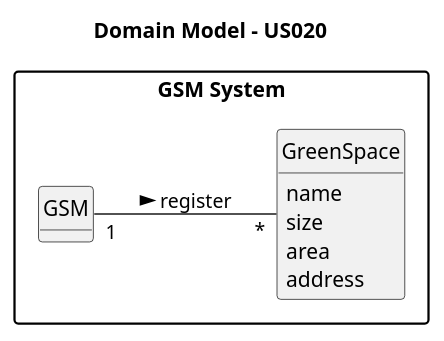
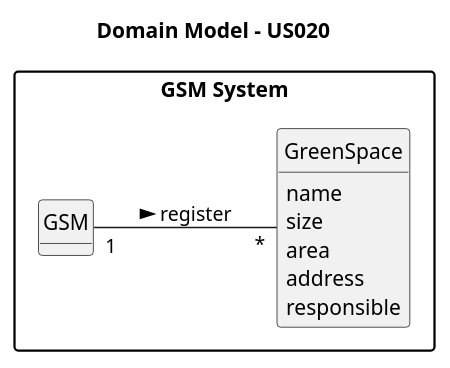
One commit to SAEmanuel/Green_Spaces_Management_ISEP changed the diagram in docs/sprintC/us020/02.analysis/puml/us020-domain-model.puml. Above: the diagram before and after it, drawn with PlantUML. The commit also changed 17 other files, not shown here.

```diff
--- a/docs/sprintC/us020/02.analysis/puml/us020-domain-model.puml
+++ b/docs/sprintC/us020/02.analysis/puml/us020-domain-model.puml
@@ -1,38 +1,39 @@
 @startuml
 skinparam monochrome true
 skinparam packageStyle rectangle
 skinparam shadowing false
 
 left to right direction
 
 skinparam classAttributeIconSize 0
 
 hide circle
 hide methods
 package "GSM System" {
 
 title Domain Model - US020
 
 
 
 class GSM {
 }
 
 class GreenSpace {
          name
          size
          area
          address
+         responsible
 }
 
 
 
 
 
 GSM "1" -- "*" GreenSpace : register >
 
 
 
 
 
 @enduml
```
